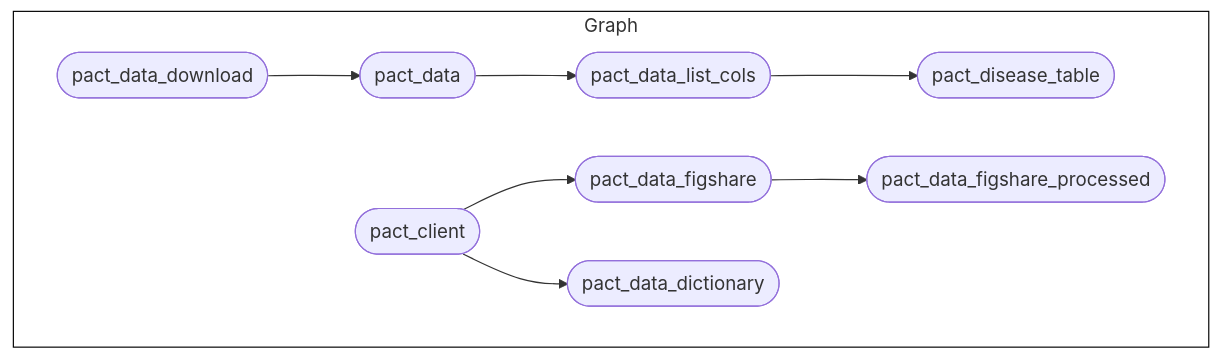
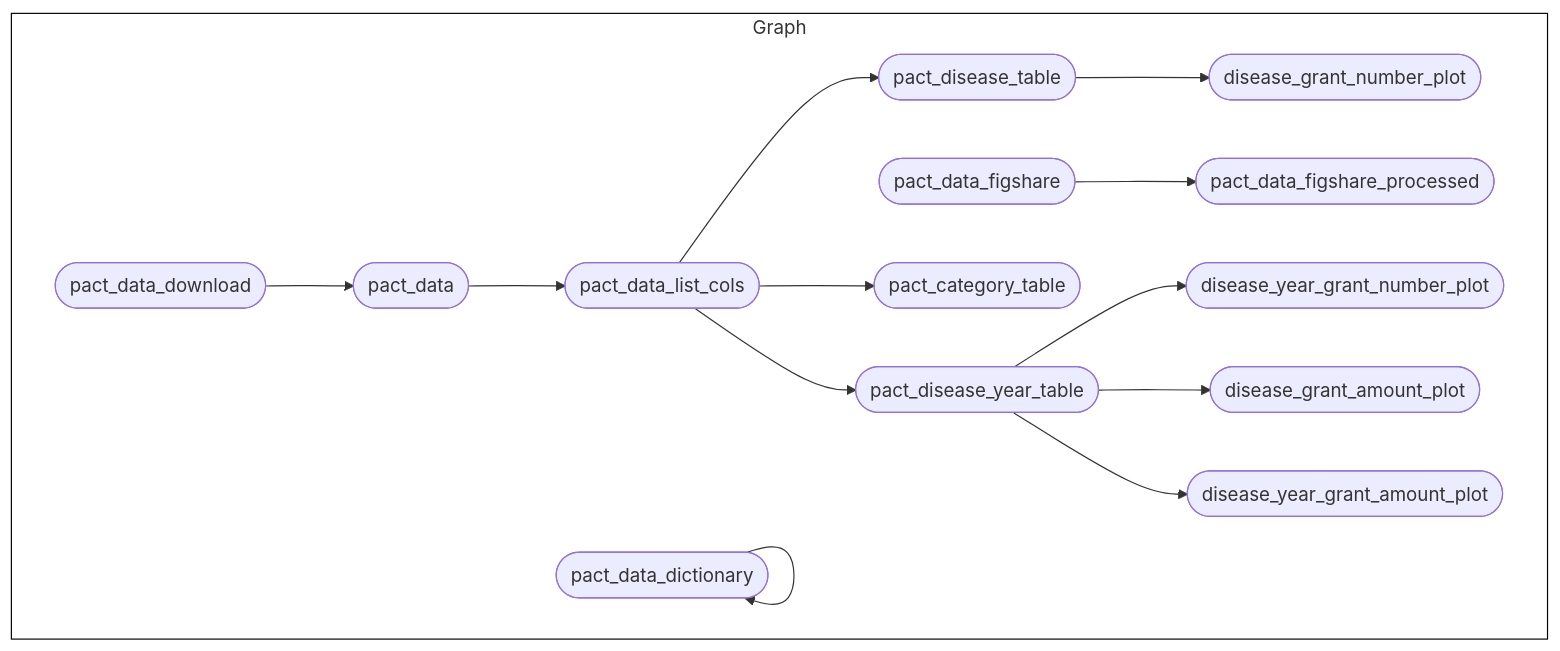
Before and after one commit to OxfordIHTM/pandemic-pact-research: the diagram in README.md, drawn with Mermaid. The commit also changed 7 other files, not shown here.

````diff
--- a/README.md
+++ b/README.md
@@ -113,13 +113,18 @@
 ``` mermaid
 graph LR
   style Graph fill:#FFFFFF00,stroke:#000000;
   subgraph Graph
     direction LR
     xcc1dd80fe3b3ae4f(["pact_data"]):::uptodate --> x425b856cafed2e14(["pact_data_list_cols"]):::uptodate
     x1942bfb70161773c(["pact_data_download"]):::uptodate --> xcc1dd80fe3b3ae4f(["pact_data"]):::uptodate
-    xd188ac12617431a7(["pact_client"]):::uptodate --> x152e77733f2137bd(["pact_data_figshare"]):::uptodate
-    xd188ac12617431a7(["pact_client"]):::uptodate --> x129fabe77e33db5d(["pact_data_dictionary"]):::uptodate
+    x9cdc471408af7c20(["pact_disease_year_table"]):::uptodate --> x6d53c82f99adf5ab(["disease_year_grant_number_plot"]):::uptodate
     x152e77733f2137bd(["pact_data_figshare"]):::uptodate --> xf4a808aa1c06cf39(["pact_data_figshare_processed"]):::uptodate
+    x9cdc471408af7c20(["pact_disease_year_table"]):::uptodate --> xb30b2ab86188f377(["disease_grant_amount_plot"]):::uptodate
     x425b856cafed2e14(["pact_data_list_cols"]):::uptodate --> x048fedabfb1dc4d1(["pact_disease_table"]):::uptodate
+    x425b856cafed2e14(["pact_data_list_cols"]):::uptodate --> x17238a644d1c9613(["pact_category_table"]):::uptodate
+    x048fedabfb1dc4d1(["pact_disease_table"]):::uptodate --> x861440ba71ebf0a2(["disease_grant_number_plot"]):::uptodate
+    x9cdc471408af7c20(["pact_disease_year_table"]):::uptodate --> x2d3474670cc57c2a(["disease_year_grant_amount_plot"]):::uptodate
+    x425b856cafed2e14(["pact_data_list_cols"]):::uptodate --> x9cdc471408af7c20(["pact_disease_year_table"]):::uptodate
+    x129fabe77e33db5d(["pact_data_dictionary"]):::uptodate --> x129fabe77e33db5d(["pact_data_dictionary"]):::uptodate
   end
 ```
````
